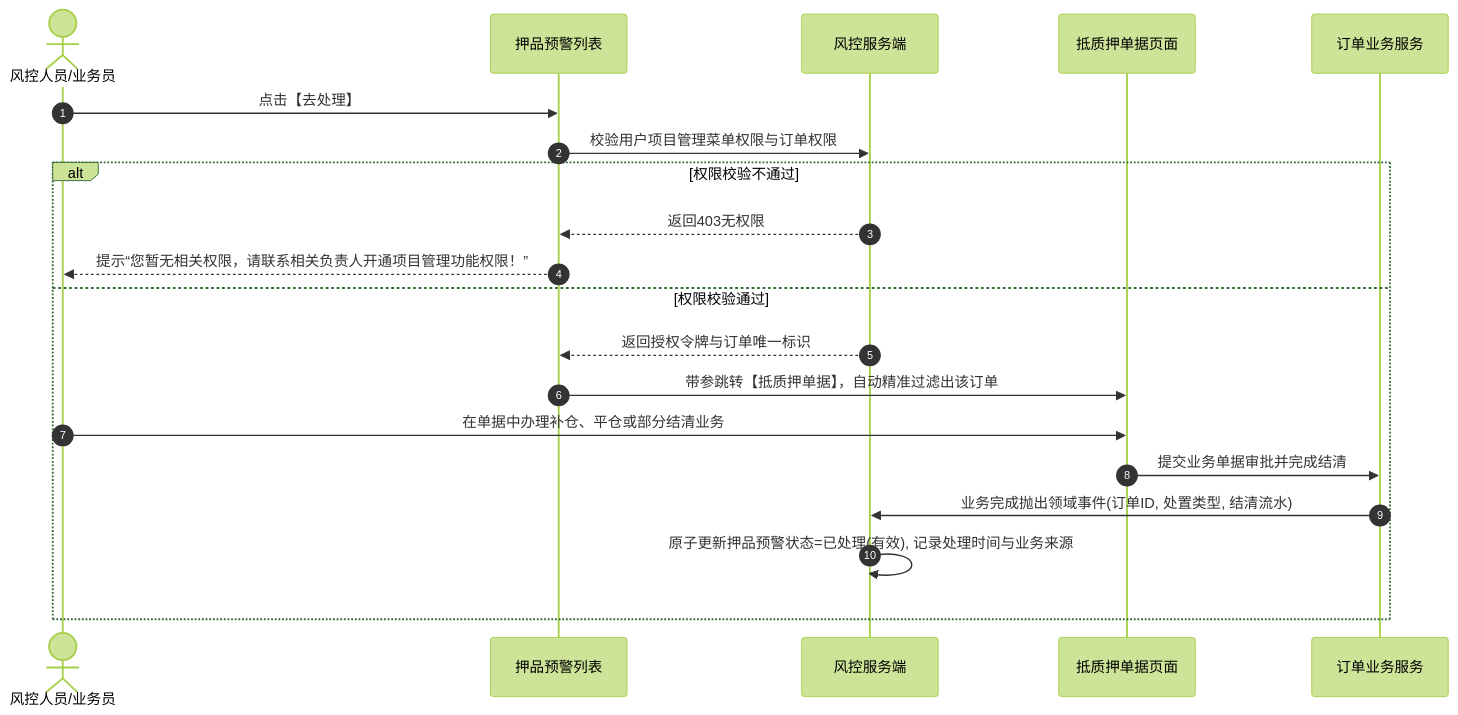
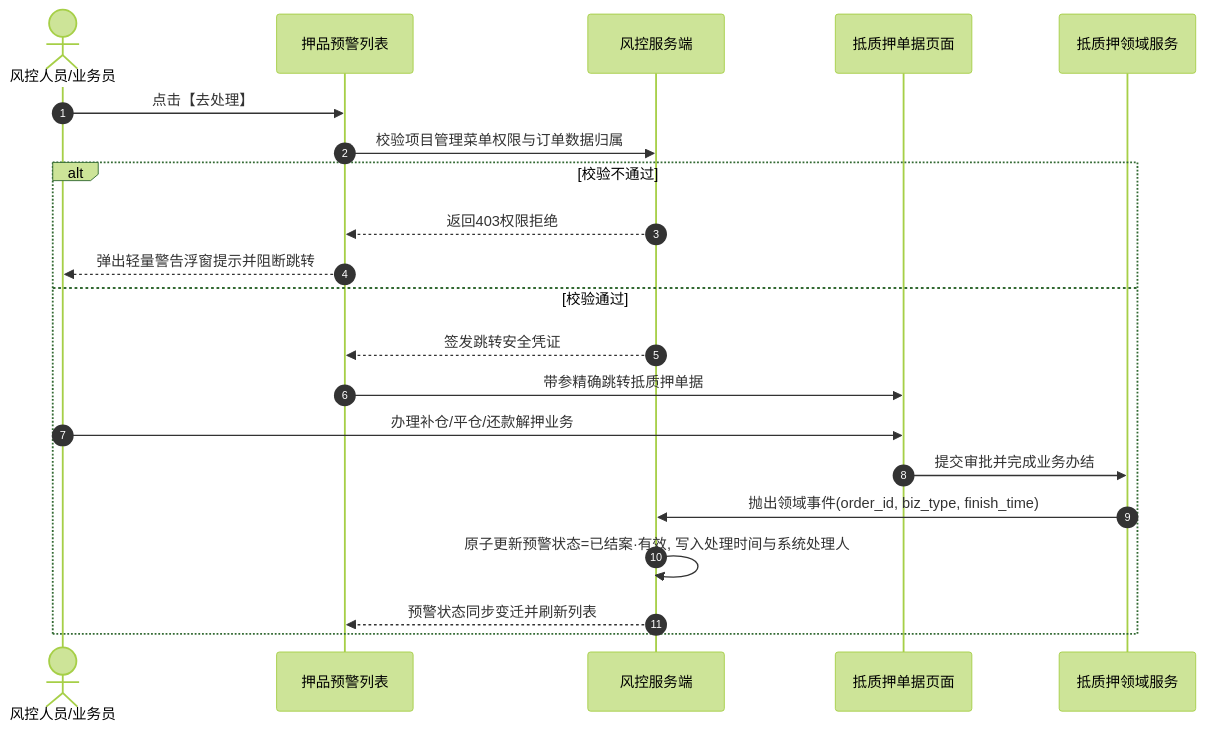
One commit to RobertHuang999/SYZC changed the diagram in 02-PRD文档/🌟🌟🌟-最新基准版/B端PC/05-风控/06-风险信息-押品预警信息/押品预警信息主PRD.md. Above: the diagram before and after it, drawn with Mermaid (forest theme). The commit also changed other lines of this file and 264 other files, not shown here.

````diff
--- a/02-PRD文档/🌟🌟🌟-最新基准版/B端PC/05-风控/06-风险信息-押品预警信息/押品预警信息主PRD.md
+++ b/02-PRD文档/🌟🌟🌟-最新基准版/B端PC/05-风控/06-风险信息-押品预警信息/押品预警信息主PRD.md
@@ -99,23 +80,24 @@
 ```mermaid
 sequenceDiagram
     autonumber
     actor User as 风控人员/业务员
     participant FE as 押品预警列表
     participant API as 风控服务端
     participant ORD_PAGE as 抵质押单据页面
-    participant ORD_BIZ as 订单业务服务
+    participant ORD_BIZ as 抵质押领域服务
 
     User->>FE: 点击【去处理】
-    FE->>API: 校验用户项目管理菜单权限与订单权限
-    alt 权限校验不通过
-        API-->>FE: 返回403无权限
-        FE-->>User: 提示“您暂无相关权限，请联系相关负责人开通项目管理功能权限！”
-    else 权限校验通过
-        API-->>FE: 返回授权令牌与订单唯一标识
-        FE->>ORD_PAGE: 带参跳转【抵质押单据】，自动精准过滤出该订单
-        User->>ORD_PAGE: 在单据中办理补仓、平仓或部分结清业务
-        ORD_PAGE->>ORD_BIZ: 提交业务单据审批并完成结清
-        ORD_BIZ->>API: 业务完成抛出领域事件(订单ID, 处置类型, 结清流水)
-        API->>API: 原子更新押品预警状态=已处理(有效), 记录处理时间与业务来源
+    FE->>API: 校验项目管理菜单权限与订单数据归属
+    alt 校验不通过
+        API-->>FE: 返回403权限拒绝
+        FE-->>User: 弹出轻量警告浮窗提示并阻断跳转
+    else 校验通过
+        API-->>FE: 签发跳转安全凭证
+        FE->>ORD_PAGE: 带参精确跳转抵质押单据
+        User->>ORD_PAGE: 办理补仓/平仓/还款解押业务
+        ORD_PAGE->>ORD_BIZ: 提交审批并完成业务办结
+        ORD_BIZ->>API: 抛出领域事件(order_id, biz_type, finish_time)
+        API->>API: 原子更新预警状态=已结案·有效, 写入处理时间与系统处理人
+        API-->>FE: 预警状态同步变迁并刷新列表
     end
 ```
````
